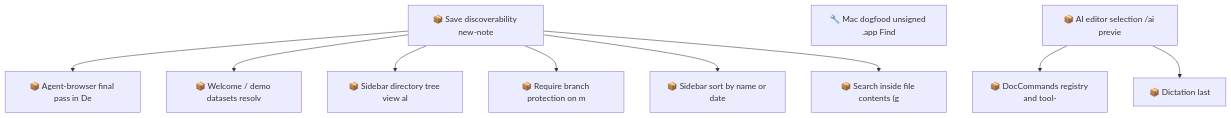
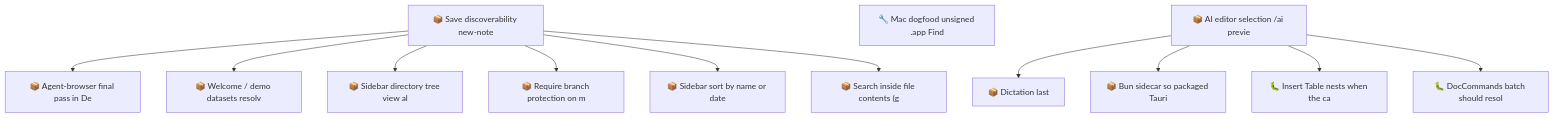
The second of 2 diagrams in docs/roadmap.md (SpillwaveSolutions/motion), drawn with Mermaid before and after one commit. The commit also changed other lines of this file and 29 other files, not shown here.

First line of the commit message:
feat: DocCommands registry and tool-use preview (#46)

````diff
--- a/docs/roadmap.md
+++ b/docs/roadmap.md
@@ -105,22 +113,26 @@
 ```mermaid
 graph TD
     01KYQYYN3SBWDT25TC6H3G4EAA["📦 Save discoverability new-note"]
     01KYQYYN3T2SSGG33ESEWPXKH8["📦 Agent-browser final pass in De"]
     01KYQYYN3T3VB8RCTMJJ13FK2H["📦 Welcome / demo datasets resolv"]
     01KYQYYN3T5W49QH05WCCYX7CE["📦 Sidebar directory tree view al"]
     01KYQYYN3T731B57N8NXQ8C0FQ["📦 Require branch protection on m"]
     01KYQYYN3TA69K8848E483HC82["📦 Sidebar sort by name or date"]
     01KYQYYN3TKW93D9SVW07VKFZY["📦 Search inside file contents (g"]
     01M18Q560MPAYQJTA0W6F4DAW3["🔧 Mac dogfood unsigned .app Find"]
-    01M18R79ZM3BMYZ56C7P874YN1["📦 DocCommands registry and tool-"]
     01M18R79ZM90HJ0MBG3CX6VW7E["📦 Dictation last"]
     01M18R79ZMN53CMV76JFHKVEFN["📦 AI editor selection /ai previe"]
+    01M19Z6Z3XQZ03EYNXKKBG5WK7["📦 Bun sidecar so packaged Tauri"]
+    01M19Z6Z5DJ54227R1WYVVX2GF["🐛 Insert Table nests when the ca"]
+    01M19Z6Z6X06VRZM95741Y2748["🐛 DocCommands batch should resol"]
     01KYQYYN3SBWDT25TC6H3G4EAA --> 01KYQYYN3T2SSGG33ESEWPXKH8
     01KYQYYN3SBWDT25TC6H3G4EAA --> 01KYQYYN3T3VB8RCTMJJ13FK2H
     01KYQYYN3SBWDT25TC6H3G4EAA --> 01KYQYYN3T5W49QH05WCCYX7CE
     01KYQYYN3SBWDT25TC6H3G4EAA --> 01KYQYYN3T731B57N8NXQ8C0FQ
     01KYQYYN3SBWDT25TC6H3G4EAA --> 01KYQYYN3TA69K8848E483HC82
     01KYQYYN3SBWDT25TC6H3G4EAA --> 01KYQYYN3TKW93D9SVW07VKFZY
-    01M18R79ZMN53CMV76JFHKVEFN --> 01M18R79ZM3BMYZ56C7P874YN1
     01M18R79ZMN53CMV76JFHKVEFN --> 01M18R79ZM90HJ0MBG3CX6VW7E
+    01M18R79ZMN53CMV76JFHKVEFN --> 01M19Z6Z3XQZ03EYNXKKBG5WK7
+    01M18R79ZMN53CMV76JFHKVEFN --> 01M19Z6Z5DJ54227R1WYVVX2GF
+    01M18R79ZMN53CMV76JFHKVEFN --> 01M19Z6Z6X06VRZM95741Y2748
 ```
````
